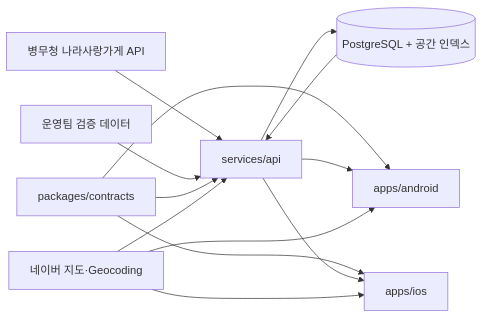
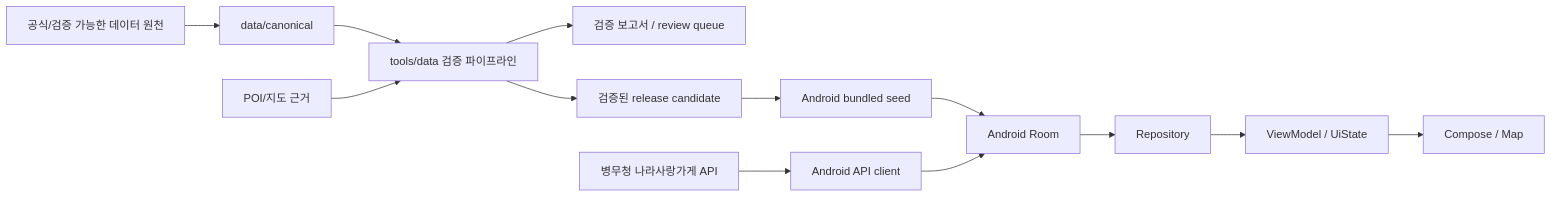
The diagram in docs/architecture.md (jelleoo/MILIMAP), drawn with Mermaid before and after one commit. The commit also changed other lines of this file, not shown here.

Commit message:
docs: align architecture with approved baseline

````diff
--- a/docs/architecture.md
+++ b/docs/architecture.md
@@ -7,15 +19,15 @@
 ```mermaid
 flowchart LR
-    MMA["병무청 나라사랑가게 API"] --> API["services/api"]
-    OPS["운영팀 검증 데이터"] --> API
-    API --> DB[("PostgreSQL + 공간 인덱스")]
-    CONTRACT["packages/contracts"] --> ANDROID["apps/android"]
-    CONTRACT --> IOS["apps/ios"]
-    CONTRACT --> API
-    DB --> API
-    API --> ANDROID
-    API --> IOS
-    NAVER["네이버 지도·Geocoding"] --> API
-    NAVER --> ANDROID
-    NAVER --> IOS
+    SRC["공식/검증 가능한 데이터 원천"] --> CANON["data/canonical"]
+    CANON --> VERIFY["tools/data 검증 파이프라인"]
+    POI["POI/지도 근거"] --> VERIFY
+    VERIFY --> REPORT["검증 보고서 / review queue"]
+    VERIFY --> RELEASE["검증된 release candidate"]
+    RELEASE --> SEED["Android bundled seed"]
+    SEED --> ROOM["Android Room"]
+    MMA["병무청 나라사랑가게 API"] --> APP["Android API client"]
+    APP --> ROOM
+    ROOM --> REPO["Repository"]
+    REPO --> VM["ViewModel / UiState"]
+    VM --> UI["Compose / Map"]
 ```
````
